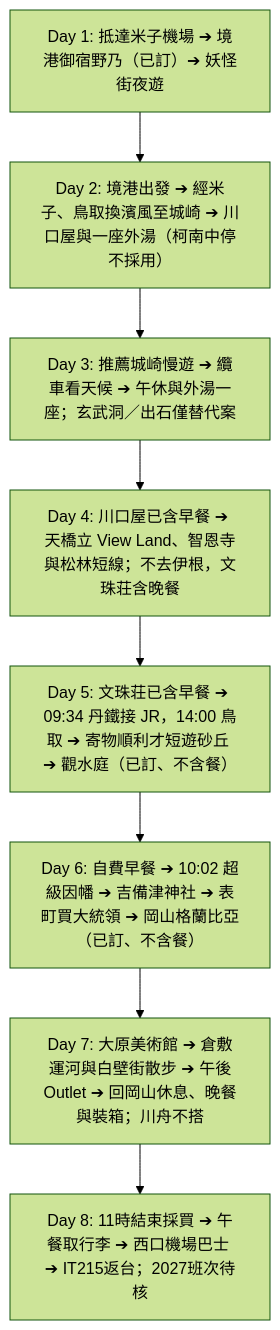
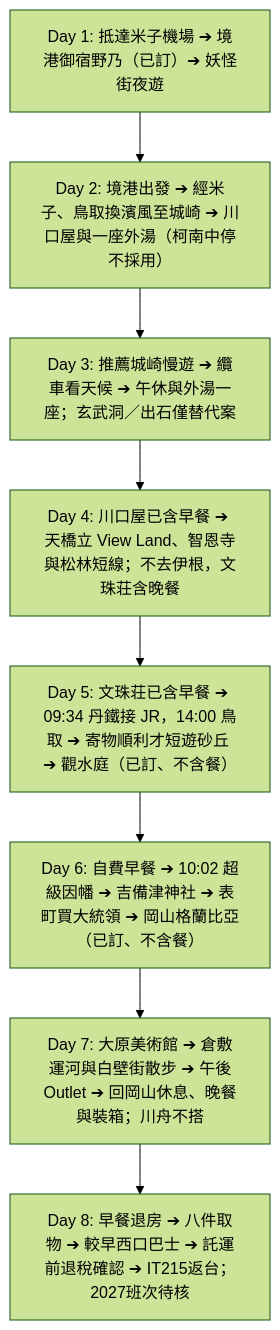
One commit to iamkeith001/sanin-trip-2027 changed the diagram in README.md. Above: the diagram before and after it, drawn with Mermaid (forest theme). The commit also changed other lines of this file and 5 other files, not shown here.

````diff
--- a/README.md
+++ b/README.md
@@ -64,10 +64,10 @@
 ```mermaid
 graph TD
     Day1[Day 1: 抵達米子機場 ➔ 境港御宿野乃（已訂）➔ 妖怪街夜遊] --> Day2[Day 2: 境港出發 ➔ 經米子、鳥取換濱風至城崎 ➔ 川口屋與一座外湯（柯南中停不採用）]
     Day2 --> Day3[Day 3: 推薦城崎慢遊 ➔ 纜車看天候 ➔ 午休與外湯一座；玄武洞／出石僅替代案]
     Day3 --> Day4[Day 4: 川口屋已含早餐 ➔ 天橋立 View Land、智恩寺與松林短線；不去伊根，文珠荘含晚餐]
     Day4 --> Day5[Day 5: 文珠荘已含早餐 ➔ 09:34 丹鐵接 JR，14:00 鳥取 ➔ 寄物順利才短遊砂丘 ➔ 觀水庭（已訂、不含餐）]
     Day5 --> Day6[Day 6: 自費早餐 ➔ 10:02 超級因幡 ➔ 吉備津神社 ➔ 表町買大統領 ➔ 岡山格蘭比亞（已訂、不含餐）]
     Day6 --> Day7[Day 7: 大原美術館 ➔ 倉敷運河與白壁街散步 ➔ 午後Outlet ➔ 回岡山休息、晚餐與裝箱；川舟不搭]
-    Day7 --> Day8[Day 8: 11時結束採買 ➔ 午餐取行李 ➔ 西口機場巴士 ➔ IT215返台；2027班次待核]
+    Day7 --> Day8[Day 8: 早餐退房 ➔ 八件取物 ➔ 較早西口巴士 ➔ 託運前退稅確認 ➔ IT215返台；2027班次待核]
 ```
````
